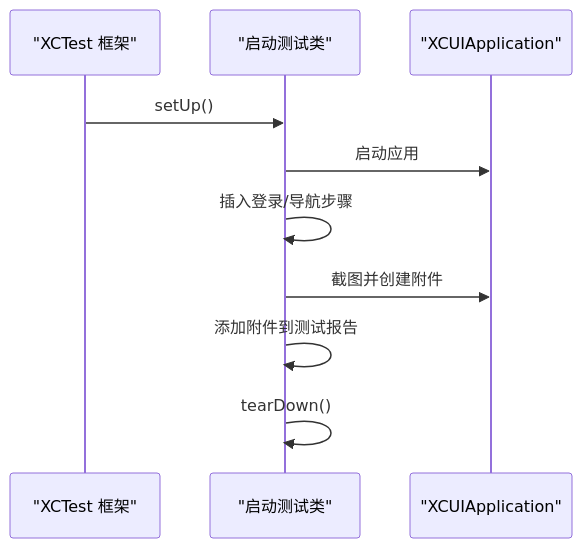
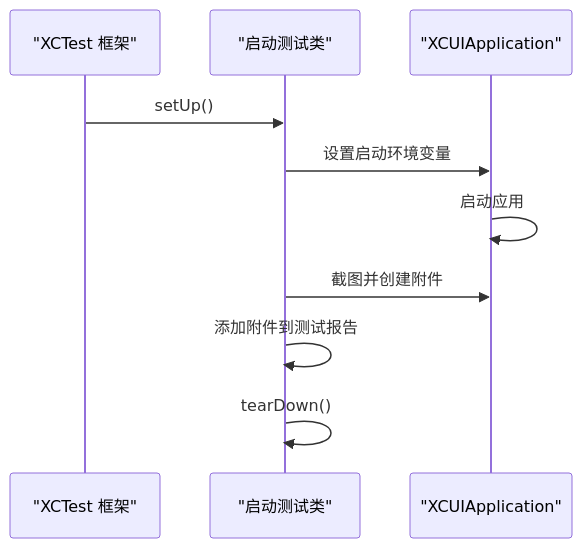
One commit to Jayden23018/blind-run-ios changed the fourth of 5 diagrams in .qoder/repowiki/zh/content/测试策略/UI 自动化测试.md. Above: the diagram before and after it, drawn with Mermaid. The commit also changed other lines of this file and 15 other files, not shown here.

````diff
--- a/.qoder/repowiki/zh/content/测试策略/UI 自动化测试.md
+++ b/.qoder/repowiki/zh/content/测试策略/UI 自动化测试.md
@@ -168,12 +184,12 @@
 ```mermaid
 sequenceDiagram
 participant XCU as "XCTest 框架"
 participant LUT as "启动测试类"
 participant APP as "XCUIApplication"
 XCU->>LUT : setUp()
-LUT->>APP : 启动应用
-LUT->>LUT : 插入登录/导航步骤
+LUT->>APP : 设置启动环境变量
+APP->>APP : 启动应用
 LUT->>APP : 截图并创建附件
 LUT->>LUT : 添加附件到测试报告
 LUT->>LUT : tearDown()
 ```
````
